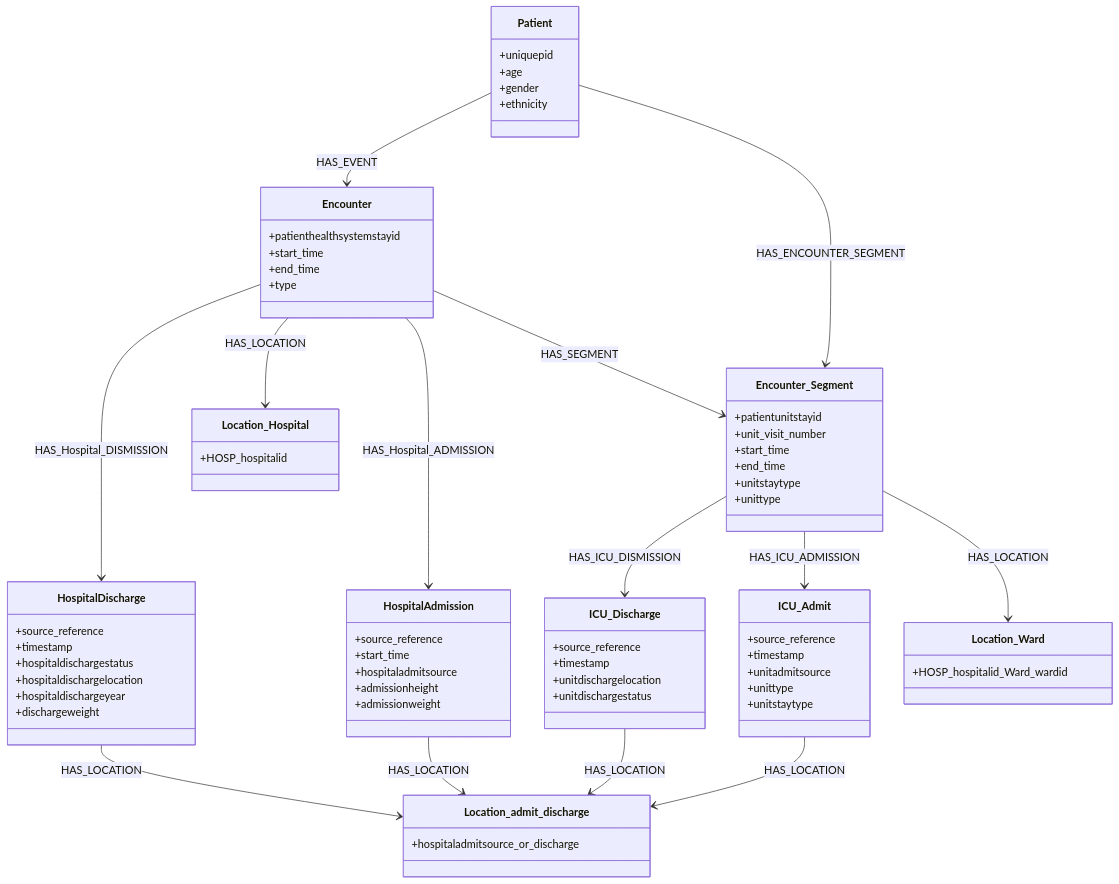
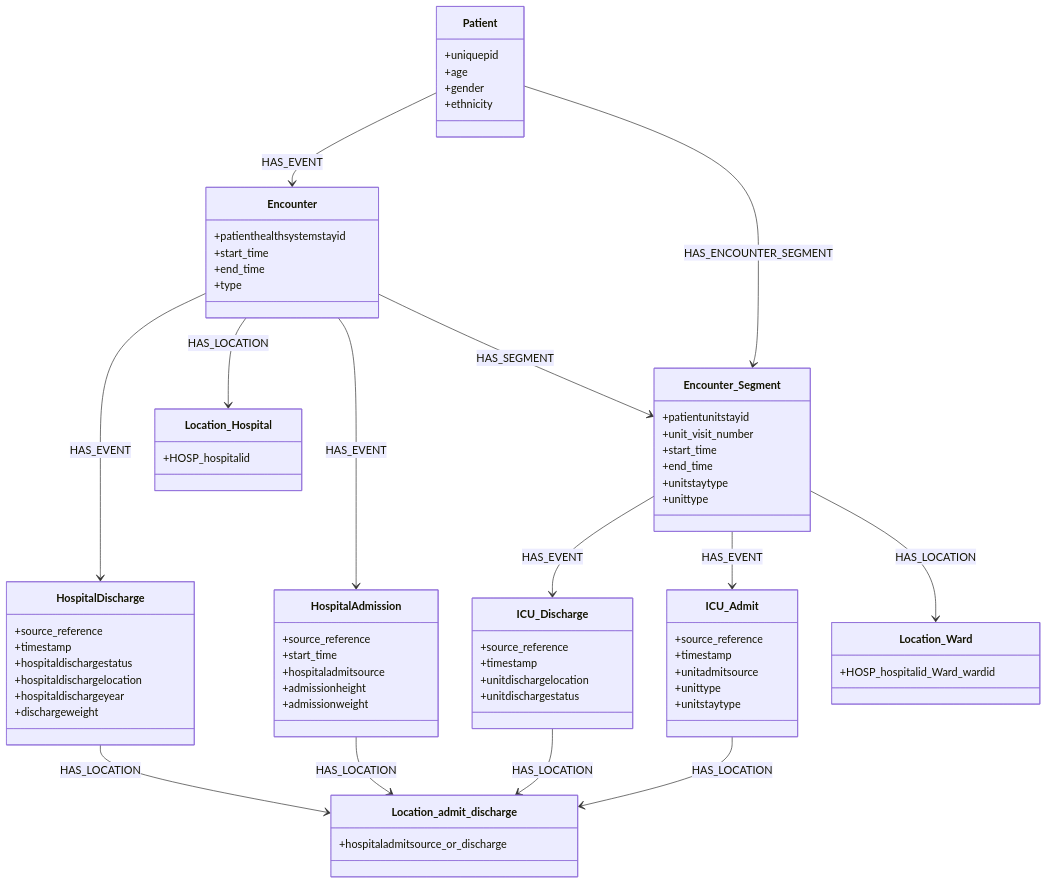
The diagram in README.md (BecksFedeUniPr/eICU_mapping), drawn with Mermaid before and after one commit. The commit also changed 3 other files, not shown here.

```diff
--- a/README.md
+++ b/README.md
@@ -100,11 +100,11 @@
     Patient --> Encounter_Segment : HAS_ENCOUNTER_SEGMENT
     Encounter --> Encounter_Segment : HAS_SEGMENT
     
-    Encounter --> HospitalAdmission : HAS_Hospital_ADMISSION
-    Encounter --> HospitalDischarge : HAS_Hospital_DISMISSION
+    Encounter --> HospitalAdmission : HAS_EVENT
+    Encounter --> HospitalDischarge : HAS_EVENT
     
-    Encounter_Segment --> ICU_Admit : HAS_ICU_ADMISSION
-    Encounter_Segment --> ICU_Discharge : HAS_ICU_DISMISSION
+    Encounter_Segment --> ICU_Admit : HAS_EVENT
+    Encounter_Segment --> ICU_Discharge : HAS_EVENT
     
     Encounter --> Location_Hospital : HAS_LOCATION
     Encounter_Segment --> Location_Ward : HAS_LOCATION
```
